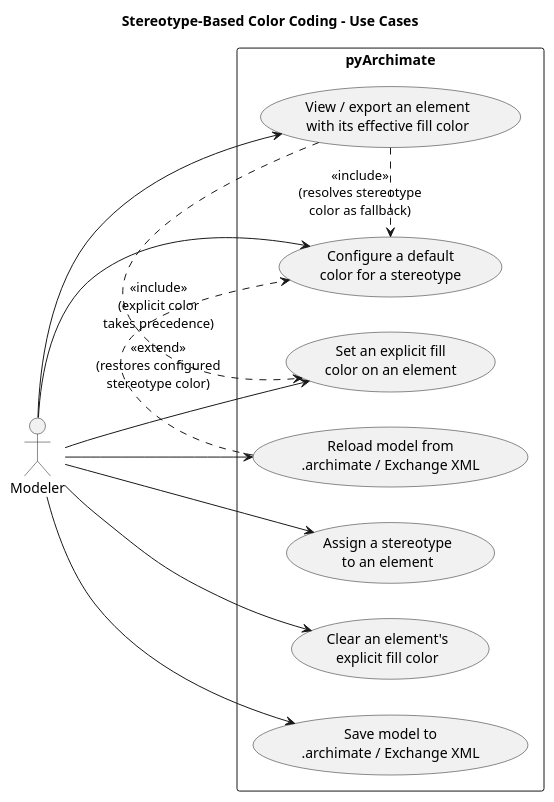
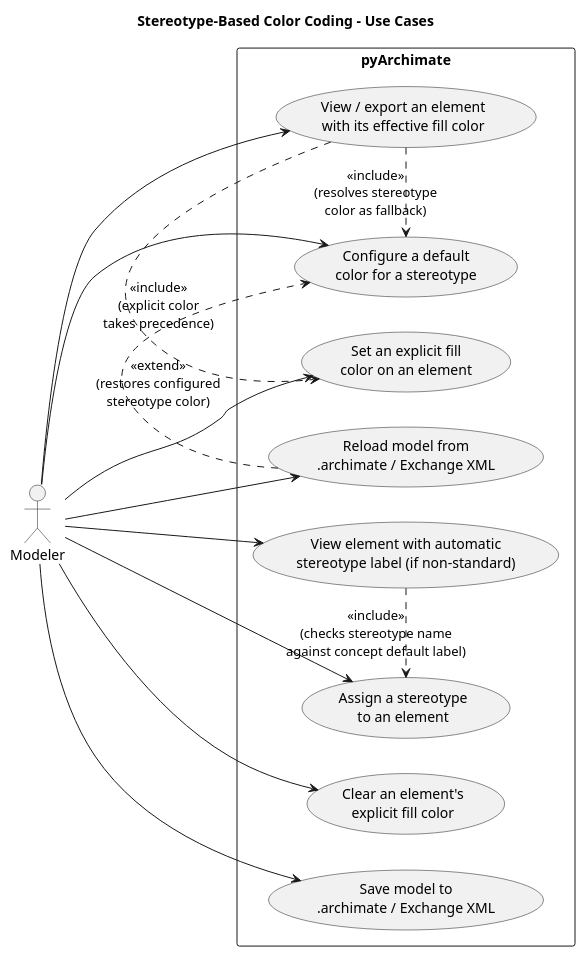
The first of 7 diagrams in specs/017-stereotype-colors/spec.md (pyArchimate/pyArchimate), drawn with PlantUML before and after one commit. The commit also changed other lines of this file, not shown here.

First line of the commit message:
docs(specs): add automatic non-standard stereotype labeling

````diff
--- a/specs/017-stereotype-colors/spec.md
+++ b/specs/017-stereotype-colors/spec.md
@@ -95,31 +117,34 @@
 ```plantuml
 @startuml
 title Stereotype-Based Color Coding - Use Cases
 
 left to right direction
 
 actor Modeler
 
 rectangle "pyArchimate" {
   usecase "Configure a default\ncolor for a stereotype" as UC1
   usecase "Assign a stereotype\nto an element" as UC2
   usecase "Set an explicit fill\ncolor on an element" as UC3
   usecase "Clear an element's\nexplicit fill color" as UC4
   usecase "View / export an element\nwith its effective fill color" as UC5
   usecase "Save model to\n.archimate / Exchange XML" as UC6
   usecase "Reload model from\n.archimate / Exchange XML" as UC7
+  usecase "View element with automatic\nstereotype label (if non-standard)" as UC8
 }
 
 Modeler --> UC1
 Modeler --> UC2
 Modeler --> UC3
 Modeler --> UC4
 Modeler --> UC5
 Modeler --> UC6
 Modeler --> UC7
+Modeler --> UC8
 
 UC5 .> UC1 : <<include>>\n(resolves stereotype\ncolor as fallback)
 UC5 .> UC3 : <<include>>\n(explicit color\ntakes precedence)
 UC7 .> UC1 : <<extend>>\n(restores configured\nstereotype color)
+UC8 .> UC2 : <<include>>\n(checks stereotype name\nagainst concept default label)
 @enduml
 ```
````
